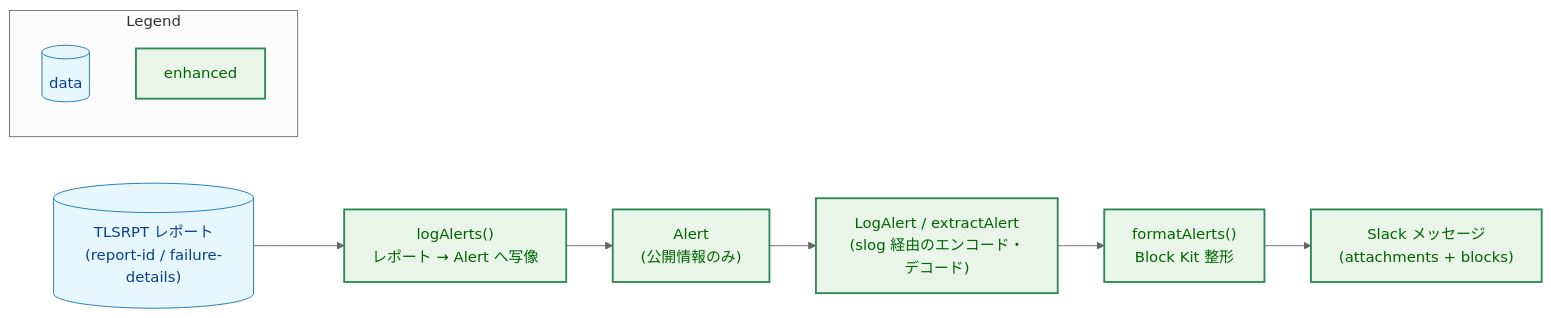
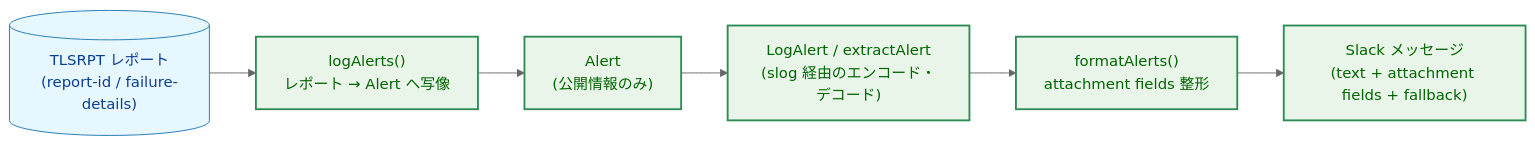
Before and after one commit to isseis/tlsrpt-digest: the first of 3 diagrams in docs/tasks/0101_slack_alert_format/02_architecture.md, drawn with Mermaid (neutral theme). The commit also changed other lines of this file and 2 other files, not shown here.

First line of the commit message:
refactor(0101): remove unused maxAlertBlocksPerMessage constant

````diff
--- a/docs/tasks/0101_slack_alert_format/02_architecture.md
+++ b/docs/tasks/0101_slack_alert_format/02_architecture.md
@@ -29,28 +31,21 @@
 ```mermaid
 flowchart LR
     classDef data fill:#e6f7ff,stroke:#1f77b4,stroke-width:1px,color:#0b3d91;
     classDef enhanced fill:#e8f5e8,stroke:#2e8b57,stroke-width:2px,color:#006400;
 
     REP[("TLSRPT レポート<br>(report-id / failure-details)")]
     MAP["logAlerts()<br>レポート → Alert へ写像"]
     ALERT["Alert<br>(公開情報のみ)"]
     LOG["LogAlert / extractAlert<br>(slog 経由のエンコード・デコード)"]
-    FMT["formatAlerts()<br>Block Kit 整形"]
-    SLACK["Slack メッセージ<br>(attachments + blocks)"]
+    FMT["formatAlerts()<br>attachment fields 整形"]
+    SLACK["Slack メッセージ<br>(text + attachment fields + fallback)"]
 
     REP --> MAP
     MAP --> ALERT
     ALERT --> LOG
     LOG --> FMT
     FMT --> SLACK
 
-    subgraph Legend["Legend"]
-        L_DATA[("data")]
-        L_ENH["enhanced"]
-    end
-
     class REP data
     class MAP,ALERT,LOG,FMT,SLACK enhanced
-    class L_DATA data
-    class L_ENH enhanced
 ```
````
